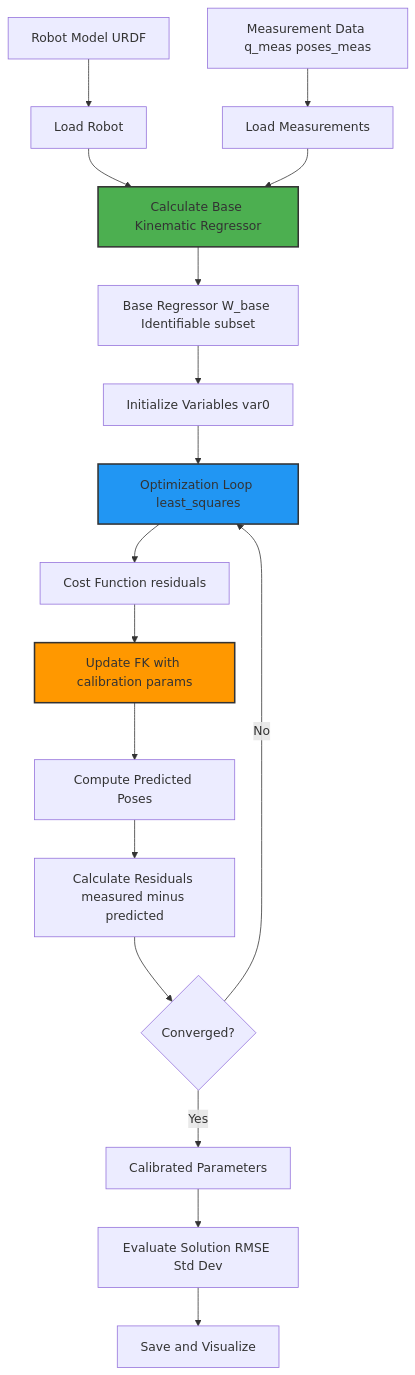
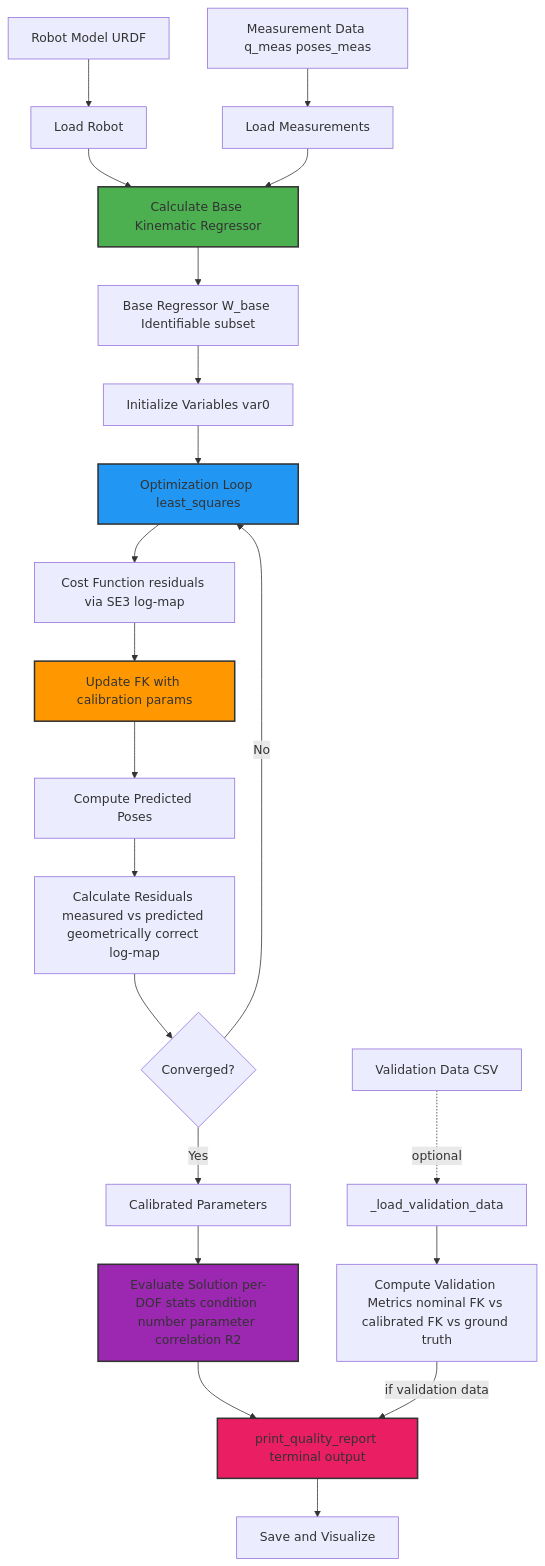
One commit to thanhndv212/figaroh-plus changed the sixth of 6 diagrams in ARCHITECTURE.md. Above: the diagram before and after it, drawn with Mermaid. The commit also changed other lines of this file, not shown here.

First line of the commit message:
docs(architecture): update for v0.4.4 features

````diff
--- a/ARCHITECTURE.md
+++ b/ARCHITECTURE.md
@@ -855,34 +970,42 @@
 ```mermaid
 flowchart TD
     A[Robot Model URDF] --> B[Load Robot]
     C[Measurement Data q_meas poses_meas] --> D[Load Measurements]
+    V[Validation Data CSV] -.->|optional| VAL[_load_validation_data]
 
     B --> E[Calculate Base Kinematic Regressor]
     D --> E
 
     E --> F[Base Regressor W_base Identifiable subset]
 
     F --> G[Initialize Variables var0]
 
     G --> H[Optimization Loop least_squares]
 
-    H --> I[Cost Function residuals]
+    H --> I[Cost Function residuals via SE3 log-map]
 
     I --> J[Update FK with calibration params]
 
     J --> K[Compute Predicted Poses]
 
-    K --> L[Calculate Residuals measured minus predicted]
+    K --> L[Calculate Residuals measured vs predicted geometrically correct log-map]
 
     L --> M{Converged?}
     M -->|No| H
     M -->|Yes| N[Calibrated Parameters]
 
-    N --> O[Evaluate Solution RMSE Std Dev]
+    N --> O[Evaluate Solution per-DOF stats condition number parameter correlation R2]
 
-    O --> P[Save and Visualize]
+    VAL --> Q[Compute Validation Metrics nominal FK vs calibrated FK vs ground truth]
+
+    O --> R[print_quality_report terminal output]
+    Q -->|if validation data| R
+
+    R --> S[Save and Visualize]
 
     style E fill:#4caf50,stroke:#333,stroke-width:2px
     style H fill:#2196f3,stroke:#333,stroke-width:2px
     style J fill:#ff9800,stroke:#333,stroke-width:2px
+    style O fill:#9c27b0,stroke:#333,stroke-width:2px
+    style R fill:#e91e63,stroke:#333,stroke-width:2px
 ```
````
